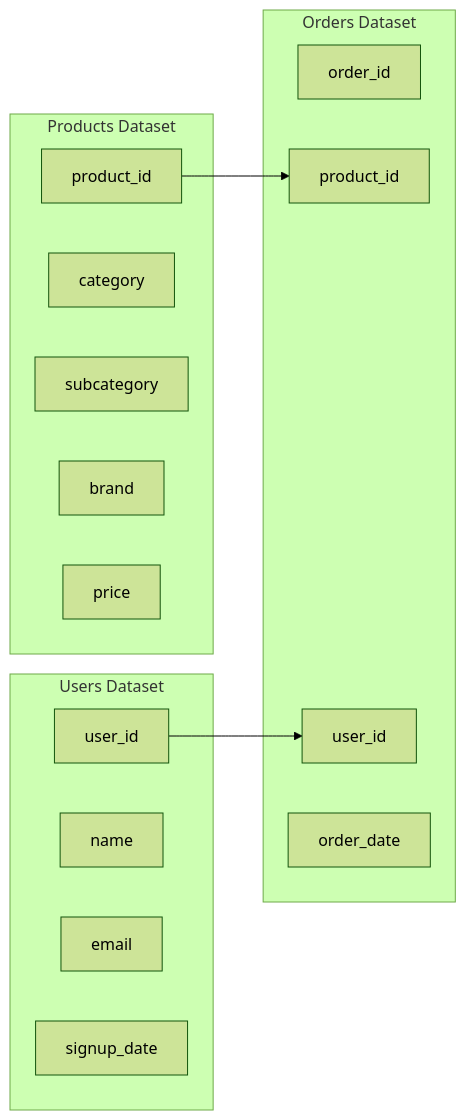
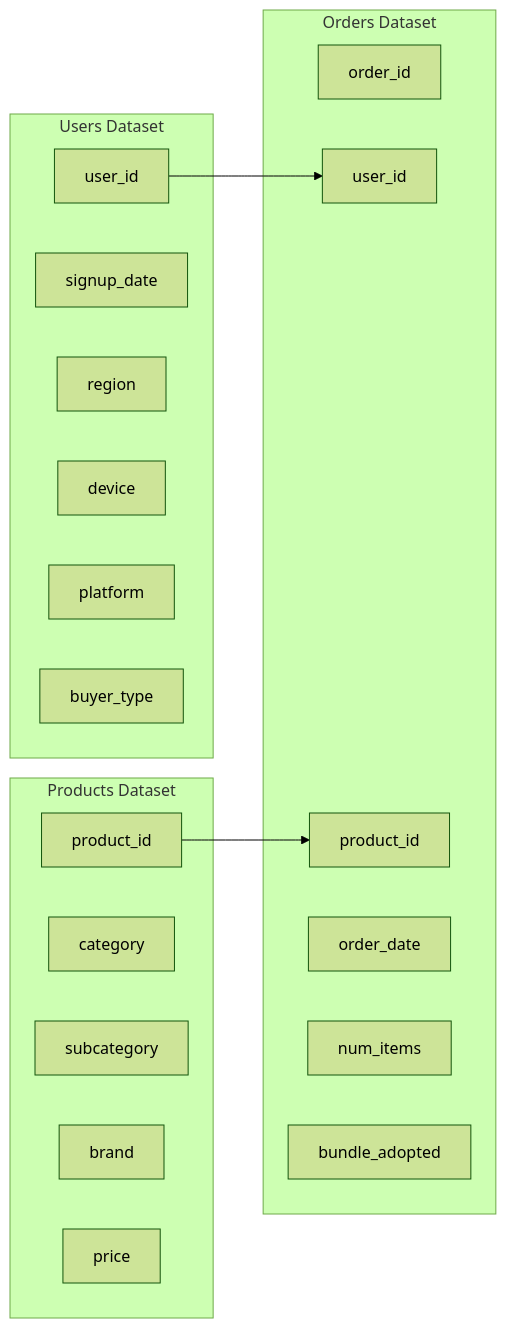
One commit to pablo-vega-analyst/Social-Commerce-Marketplace-Product-Analysis changed the diagram in README.md. Above: the diagram before and after it, drawn with Mermaid (forest theme). The commit also changed other lines of this file, not shown here.

````diff
--- a/README.md
+++ b/README.md
@@ -10,28 +10,32 @@
 ```mermaid
 flowchart LR
     subgraph Products Dataset
         P1[product_id]
         P2[category]
         P3[subcategory]
         P4[brand]
         P5[price]
     end
 
     subgraph Users Dataset
         U1[user_id]
-        U2[name]
-        U3[email]
-        U4[signup_date]
+        U2[signup_date]
+        U3[region]
+        U4[device]
+        U5[platform]
+        U6[buyer_type]
     end
 
     subgraph Orders Dataset
         O1[order_id]
-        O2[product_id]
-        O3[user_id]
+        O2[user_id]
+        O3[product_id]
         O4[order_date]
+        O5[num_items]
+        O6[bundle_adopted]
     end
 
-    P1 --> O2
-    U1 --> O3
+    P1 --> O3
+    U1 --> O2
 
 ```
````
